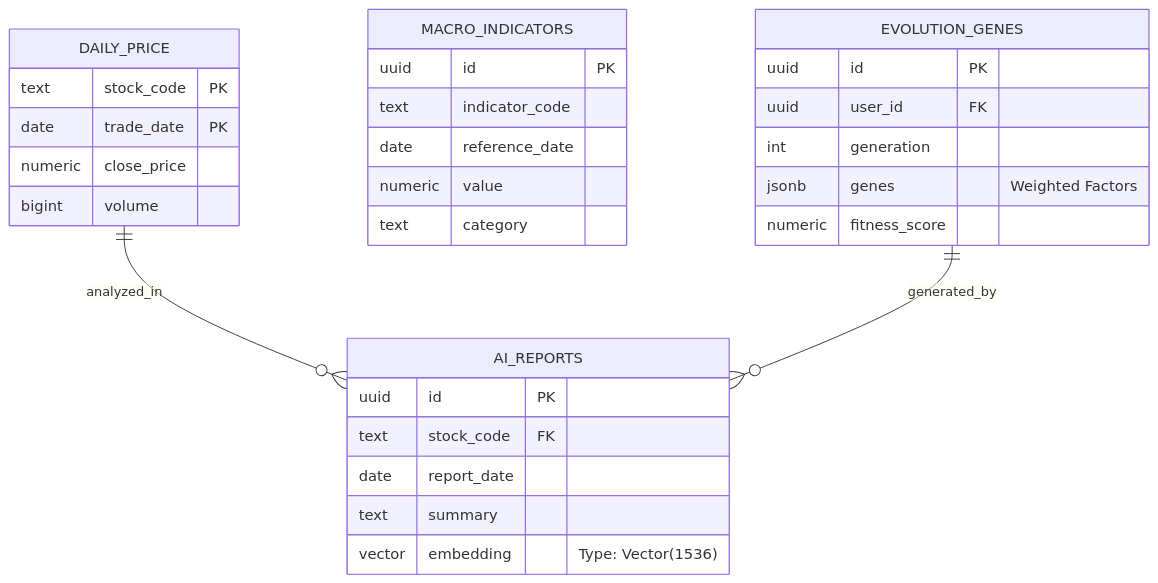
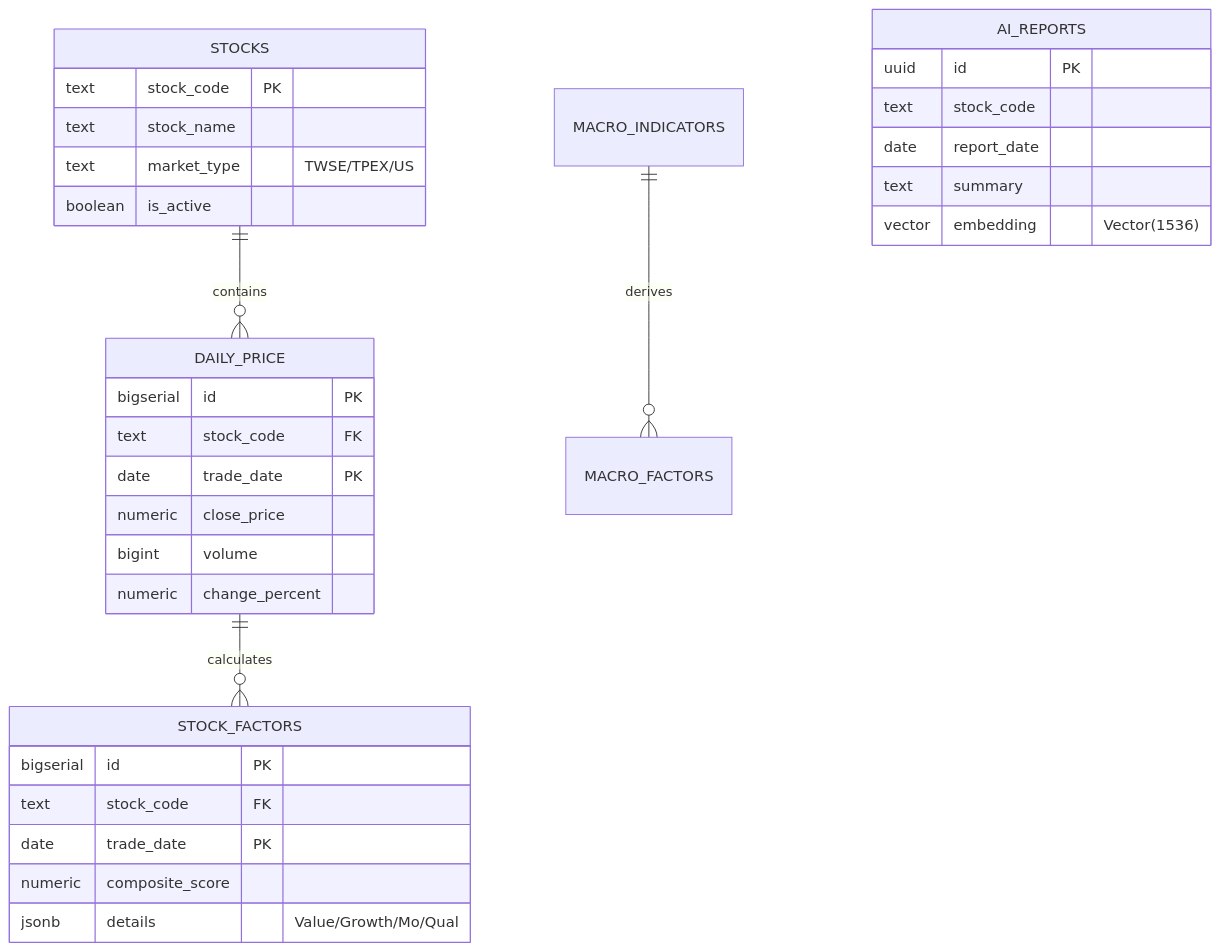
The diagram in doc/開發文件/004_資料庫實體關係圖與 Schema 定義.md (JUDRAGONII/gemini-ai-quant-v10), drawn with Mermaid before and after one commit. The commit also changed other lines of this file and 25 other files, not shown here.

````diff
--- a/doc/開發文件/004_資料庫實體關係圖與 Schema 定義.md
+++ b/doc/開發文件/004_資料庫實體關係圖與 Schema 定義.md
@@ -14,38 +12,38 @@
 ```mermaid
 erDiagram
-    %% Core Tables
+    STOCKS ||--o{ DAILY_PRICE : "contains"
+    DAILY_PRICE ||--o{ STOCK_FACTORS : "calculates"
+    MACRO_INDICATORS ||--o{ MACRO_FACTORS : "derives"
+    
+    STOCKS {
+        text stock_code PK
+        text stock_name
+        text market_type "TWSE/TPEX/US"
+        boolean is_active
+    }
+
     DAILY_PRICE {
-        text stock_code PK
+        bigserial id PK
+        text stock_code FK
         date trade_date PK
         numeric close_price
         bigint volume
+        numeric change_percent
     }
 
-    MACRO_INDICATORS {
-        uuid id PK
-        text indicator_code
-        date reference_date
-        numeric value
-        text category
+    STOCK_FACTORS {
+        bigserial id PK
+        text stock_code FK
+        date trade_date PK
+        numeric composite_score
+        jsonb details "Value/Growth/Mo/Qual"
     }
 
     AI_REPORTS {
         uuid id PK
-        text stock_code FK
+        text stock_code
         date report_date
         text summary
-        vector embedding "Type: Vector(1536)"
+        vector embedding "Vector(1536)"
     }
-
-    EVOLUTION_GENES {
-        uuid id PK
-        uuid user_id FK
-        int generation
-        jsonb genes "Weighted Factors"
-        numeric fitness_score
-    }
-
-    %% Relationships
-    DAILY_PRICE ||--o{ AI_REPORTS : "analyzed_in"
-    EVOLUTION_GENES ||--o{ AI_REPORTS : "generated_by"
 ```
````
